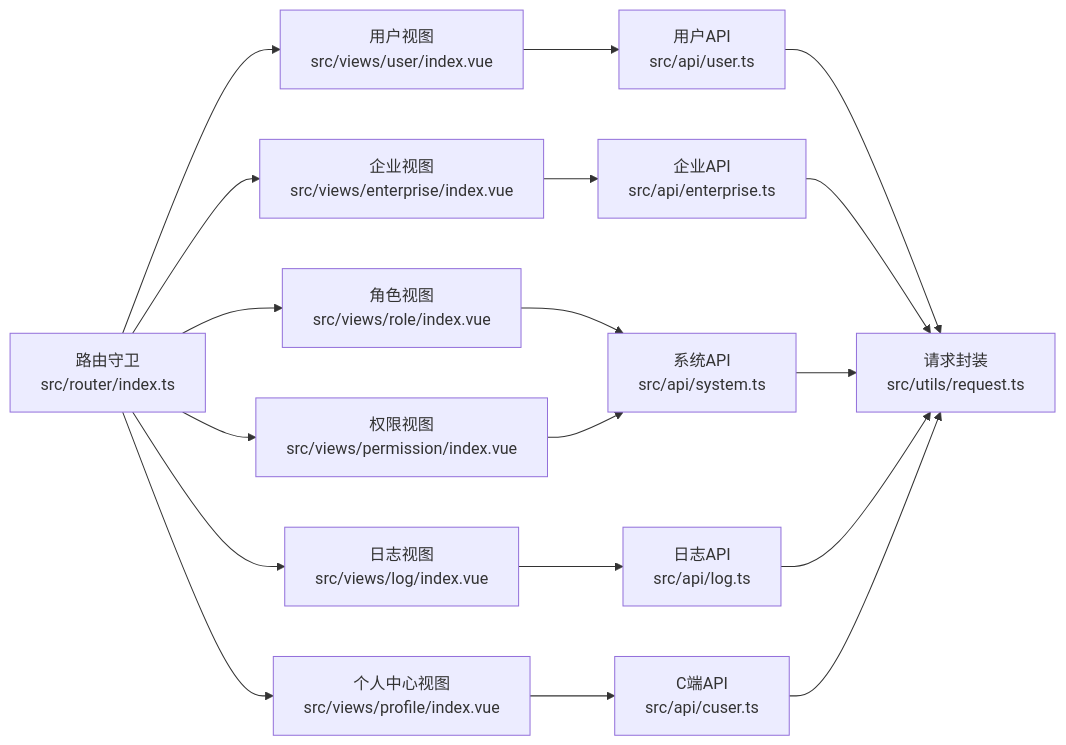
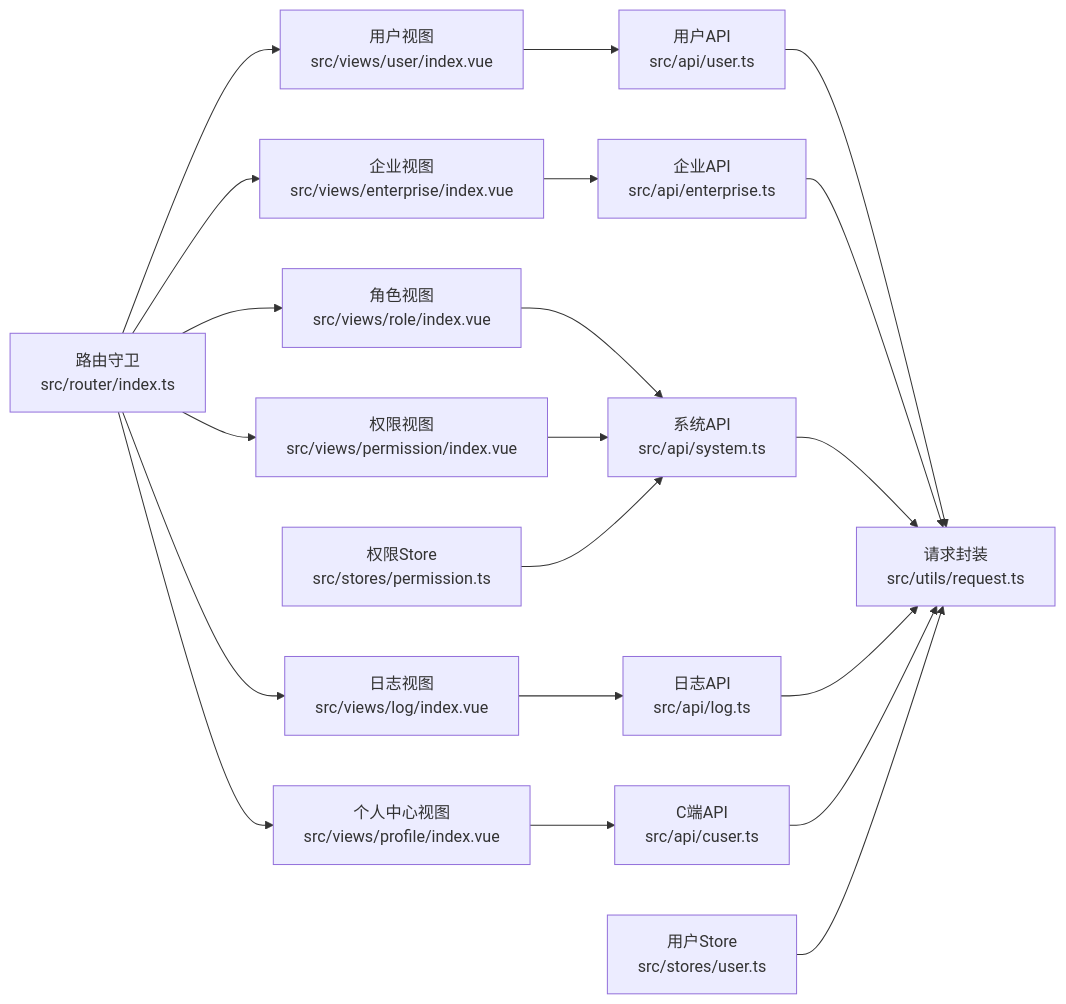
The tenth of 10 diagrams in .qoder/repowiki/zh/content/业务功能模块.md (hecong/hc-vue-demo), drawn with Mermaid before and after one commit. The commit also changed other lines of this file and 48 other files, not shown here.

````diff
--- a/.qoder/repowiki/zh/content/业务功能模块.md
+++ b/.qoder/repowiki/zh/content/业务功能模块.md
@@ -451,20 +487,22 @@
 ```mermaid
 graph LR
 R["路由守卫<br/>src/router/index.ts"] --> VU["用户视图<br/>src/views/user/index.vue"]
 R --> VE["企业视图<br/>src/views/enterprise/index.vue"]
 R --> VR["角色视图<br/>src/views/role/index.vue"]
 R --> VP["权限视图<br/>src/views/permission/index.vue"]
 R --> VL["日志视图<br/>src/views/log/index.vue"]
 R --> VPR["个人中心视图<br/>src/views/profile/index.vue"]
 VU --> APIU["用户API<br/>src/api/user.ts"]
 VE --> APIE["企业API<br/>src/api/enterprise.ts"]
 VR --> APIS["系统API<br/>src/api/system.ts"]
 VP --> APIS
 VL --> APIL["日志API<br/>src/api/log.ts"]
 VPR --> APIC["C端API<br/>src/api/cuser.ts"]
 APIU --> REQ["请求封装<br/>src/utils/request.ts"]
 APIE --> REQ
 APIS --> REQ
 APIL --> REQ
 APIC --> REQ
+US["用户Store<br/>src/stores/user.ts"] --> REQ
+PS["权限Store<br/>src/stores/permission.ts"] --> APIS
 ```
````
